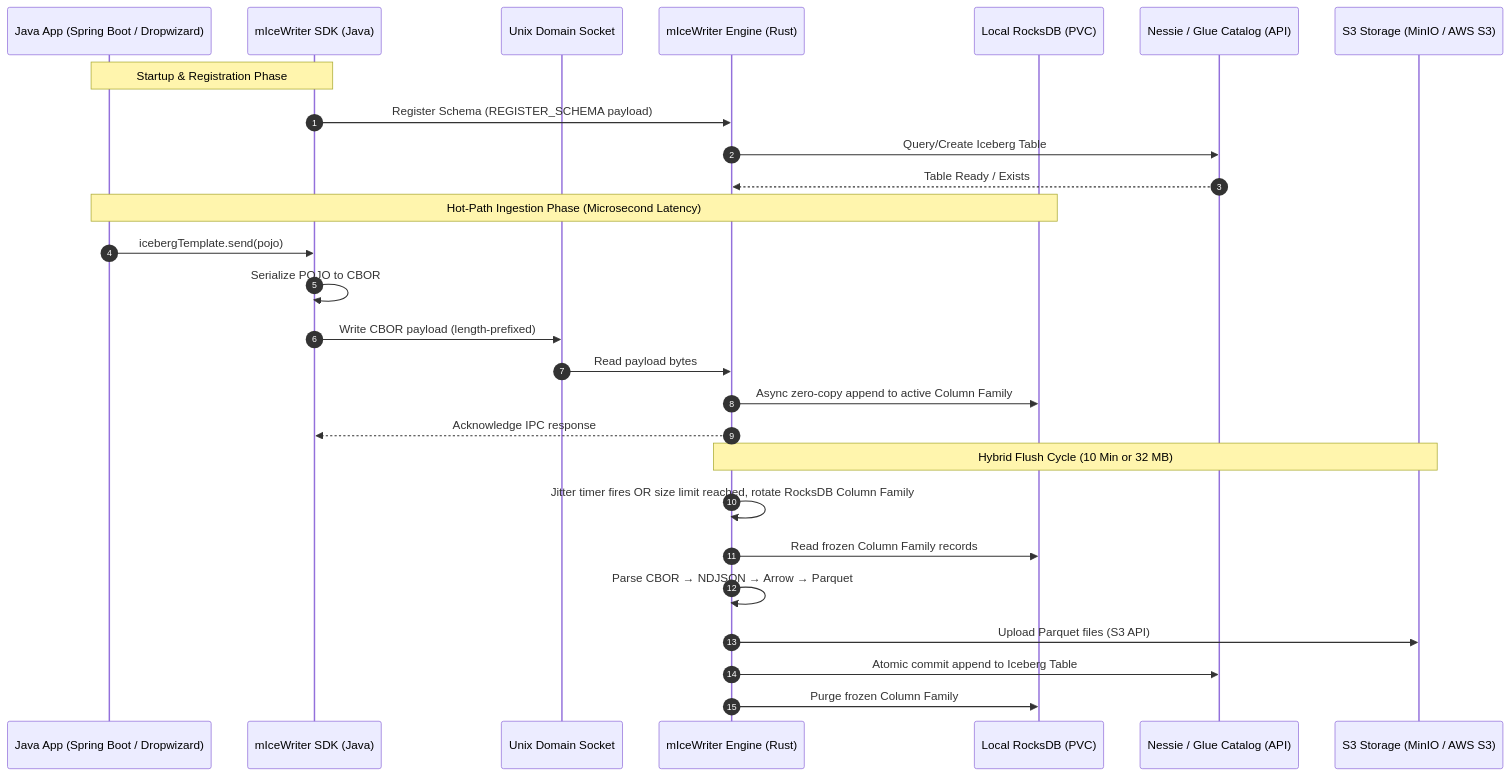
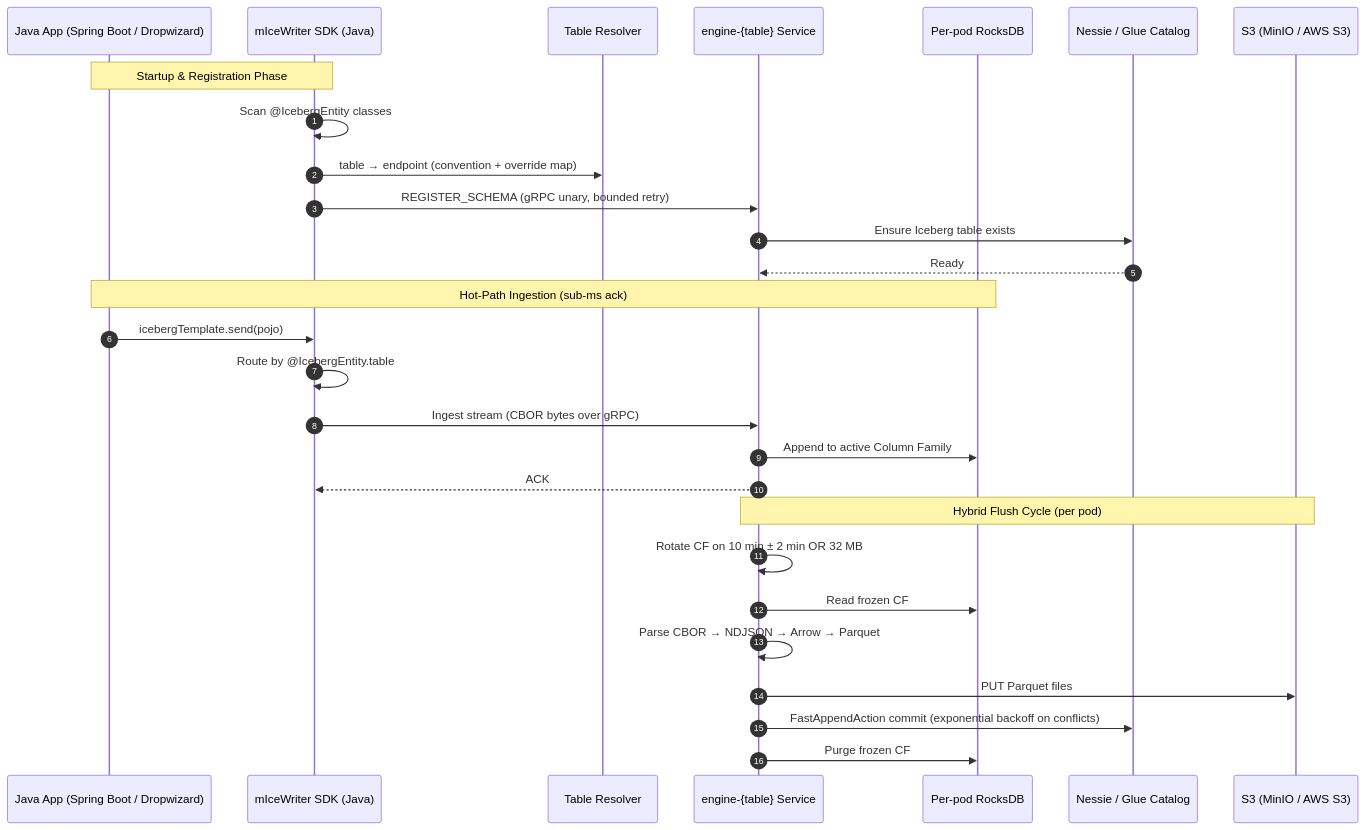
The diagram in docs/system-overview.md (markovarghese/micewriter-hub), drawn with Mermaid before and after one commit. The commit also changed other lines of this file and 13 other files, not shown here.

First line of the commit message:
docs: Introduce v2 per-table engine pipelines; preserve v1 architecture

````diff
--- a/docs/system-overview.md
+++ b/docs/system-overview.md
@@ -14,32 +14,33 @@
 ```mermaid
 sequenceDiagram
     autonumber
     participant App as Java App (Spring Boot / Dropwizard)
     participant SDK as mIceWriter SDK (Java)
-    participant UDS as Unix Domain Socket
-    participant Engine as mIceWriter Engine (Rust)
-    participant RocksDB as Local RocksDB (PVC)
-    participant Catalog as Nessie / Glue Catalog (API)
-    participant ObjectStore as S3 Storage (MinIO / AWS S3)
+    participant Resolver as Table Resolver
+    participant Pipeline as engine-{table} Service
+    participant RocksDB as Per-pod RocksDB
+    participant Catalog as Nessie / Glue Catalog
+    participant ObjectStore as S3 (MinIO / AWS S3)
 
     Note over App,SDK: Startup & Registration Phase
-    SDK->>Engine: Register Schema (REGISTER_SCHEMA payload)
-    Engine->>Catalog: Query/Create Iceberg Table
-    Catalog-->>Engine: Table Ready / Exists
+    SDK->>SDK: Scan @IcebergEntity classes
+    SDK->>Resolver: table → endpoint (convention + override map)
+    SDK->>Pipeline: REGISTER_SCHEMA (gRPC unary, bounded retry)
+    Pipeline->>Catalog: Ensure Iceberg table exists
+    Catalog-->>Pipeline: Ready
 
-    Note over App,RocksDB: Hot-Path Ingestion Phase (Microsecond Latency)
+    Note over App,RocksDB: Hot-Path Ingestion (sub-ms ack)
     App->>SDK: icebergTemplate.send(pojo)
-    SDK->>SDK: Serialize POJO to CBOR
-    SDK->>UDS: Write CBOR payload (length-prefixed)
-    UDS->>Engine: Read payload bytes
-    Engine->>RocksDB: Async zero-copy append to active Column Family
-    Engine-->>SDK: Acknowledge IPC response
+    SDK->>SDK: Route by @IcebergEntity.table
+    SDK->>Pipeline: Ingest stream (CBOR bytes over gRPC)
+    Pipeline->>RocksDB: Append to active Column Family
+    Pipeline-->>SDK: ACK
 
-    Note over Engine,ObjectStore: Hybrid Flush Cycle (10 Min or 32 MB)
-    Engine->>Engine: Jitter timer fires OR size limit reached, rotate RocksDB Column Family
-    Engine->>RocksDB: Read frozen Column Family records
-    Engine->>Engine: Parse CBOR → NDJSON → Arrow → Parquet
-    Engine->>ObjectStore: Upload Parquet files (S3 API)
-    Engine->>Catalog: Atomic commit append to Iceberg Table
-    Engine->>RocksDB: Purge frozen Column Family
+    Note over Pipeline,ObjectStore: Hybrid Flush Cycle (per pod)
+    Pipeline->>Pipeline: Rotate CF on 10 min ± 2 min OR 32 MB
+    Pipeline->>RocksDB: Read frozen CF
+    Pipeline->>Pipeline: Parse CBOR → NDJSON → Arrow → Parquet
+    Pipeline->>ObjectStore: PUT Parquet files
+    Pipeline->>Catalog: FastAppendAction commit (exponential backoff on conflicts)
+    Pipeline->>RocksDB: Purge frozen CF
 ```
````
